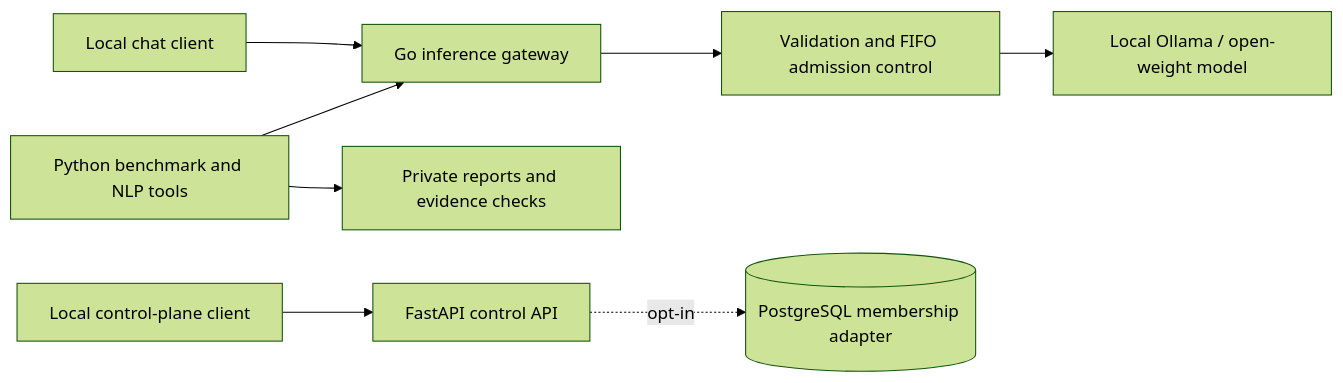
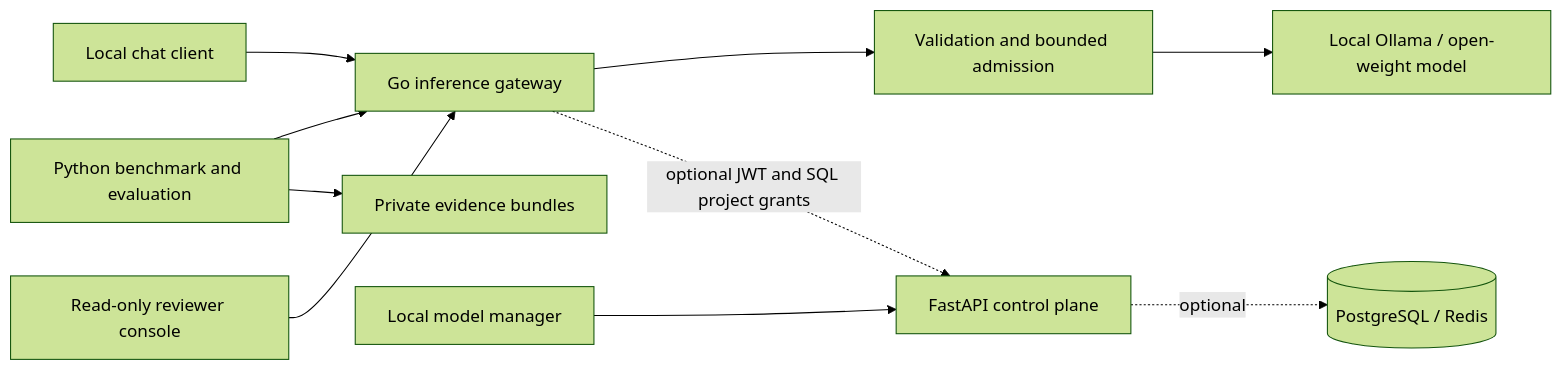
One commit to naim-munshi/metriqen-llm-serving-optimization changed the diagram in README.md. Above: the diagram before and after it, drawn with Mermaid (forest theme). The commit also changed other lines of this file, not shown here.

Commit message:
docs(portfolio): correct README feature matrix and architecture to match opt-in guarded code and 3-console review

````diff
--- a/README.md
+++ b/README.md
@@ -27,10 +29,12 @@
 ```mermaid
 flowchart LR
     Client[Local chat client] --> Gateway[Go inference gateway]
-    Gateway --> Admission[Validation and FIFO admission control]
+    Gateway --> Admission[Validation and bounded admission]
     Admission --> Ollama[Local Ollama / open-weight model]
-    Runner[Python benchmark and NLP tools] --> Gateway
-    Runner --> Evidence[Private reports and evidence checks]
-    Admin[Local control-plane client] --> API[FastAPI control API]
-    API -. opt-in .-> DB[(PostgreSQL membership adapter)]
+    Runner[Python benchmark and evaluation] --> Gateway
+    Runner --> Evidence[Private evidence bundles]
+    Operator[Local model manager] --> API[FastAPI control plane]
+    API -. optional .-> DB[(PostgreSQL / Redis)]
+    Gateway -. optional JWT and SQL project grants .-> API
+    Reviewer[Read-only reviewer console] --> Gateway
 ```
````
